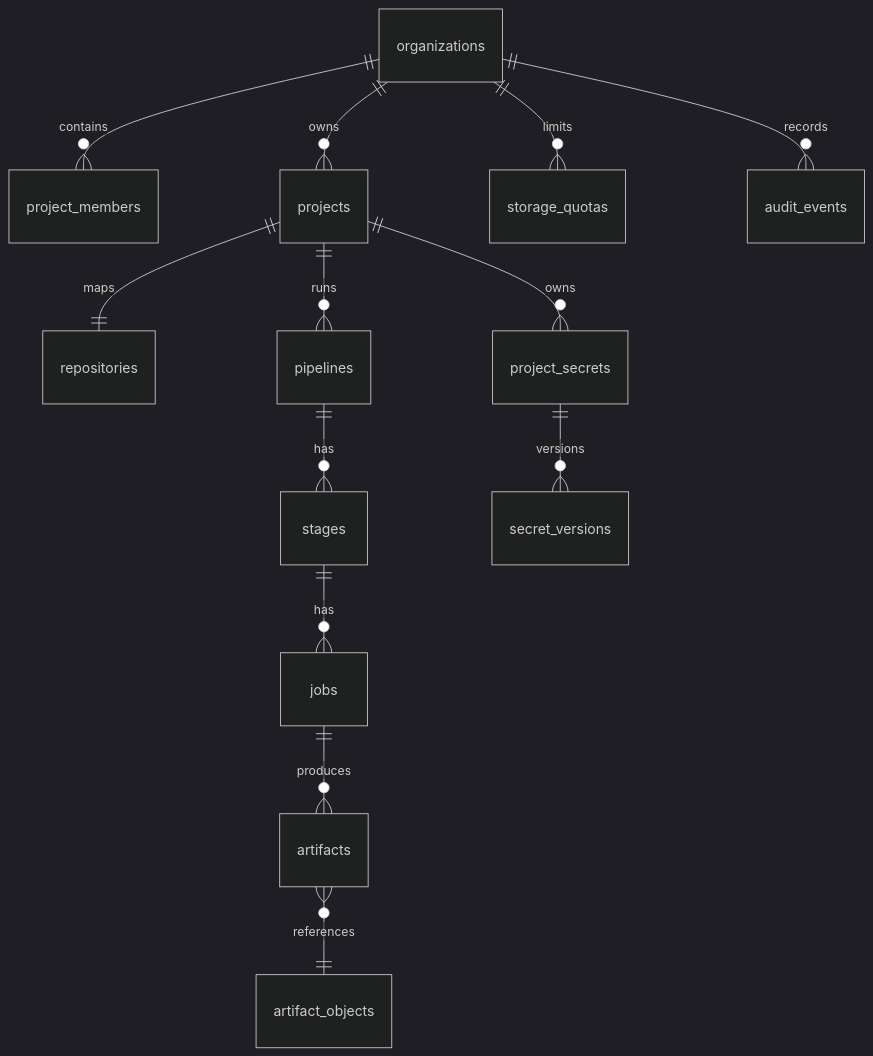
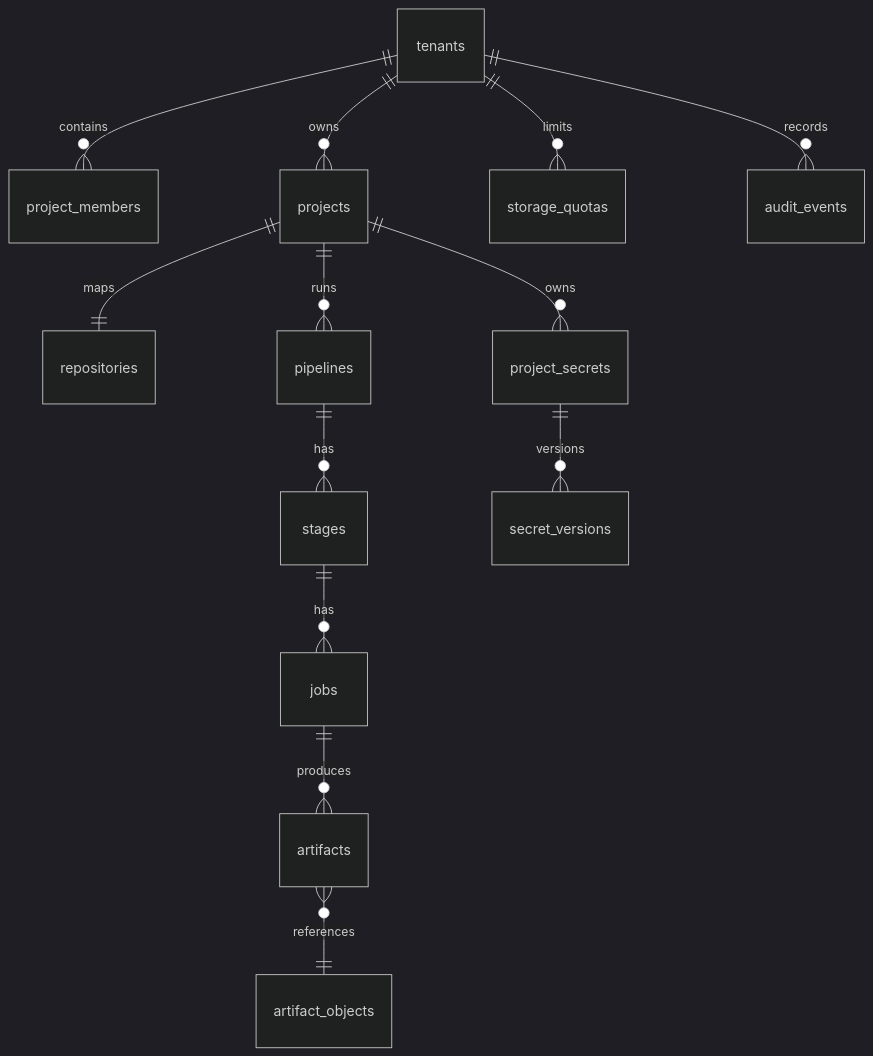
One commit to FerrPOINT/CI-CD changed the diagram in docs/STORAGE_ARCHITECTURE.md. Above: the diagram before and after it, drawn with Mermaid (dark theme). The commit also changed other lines of this file and 11 other files, not shown here.

````diff
--- a/docs/STORAGE_ARCHITECTURE.md
+++ b/docs/STORAGE_ARCHITECTURE.md
@@ -226,15 +226,15 @@
 ```mermaid
 erDiagram
-  organizations ||--o{ project_members : contains
-  organizations ||--o{ projects : owns
+  tenants ||--o{ project_members : contains
+  tenants ||--o{ projects : owns
   projects ||--|| repositories : maps
   projects ||--o{ pipelines : runs
   pipelines ||--o{ stages : has
   stages ||--o{ jobs : has
   jobs ||--o{ artifacts : produces
   artifacts }o--|| artifact_objects : references
   projects ||--o{ project_secrets : owns
   project_secrets ||--o{ secret_versions : versions
-  organizations ||--o{ storage_quotas : limits
-  organizations ||--o{ audit_events : records
+  tenants ||--o{ storage_quotas : limits
+  tenants ||--o{ audit_events : records
 ```
````
